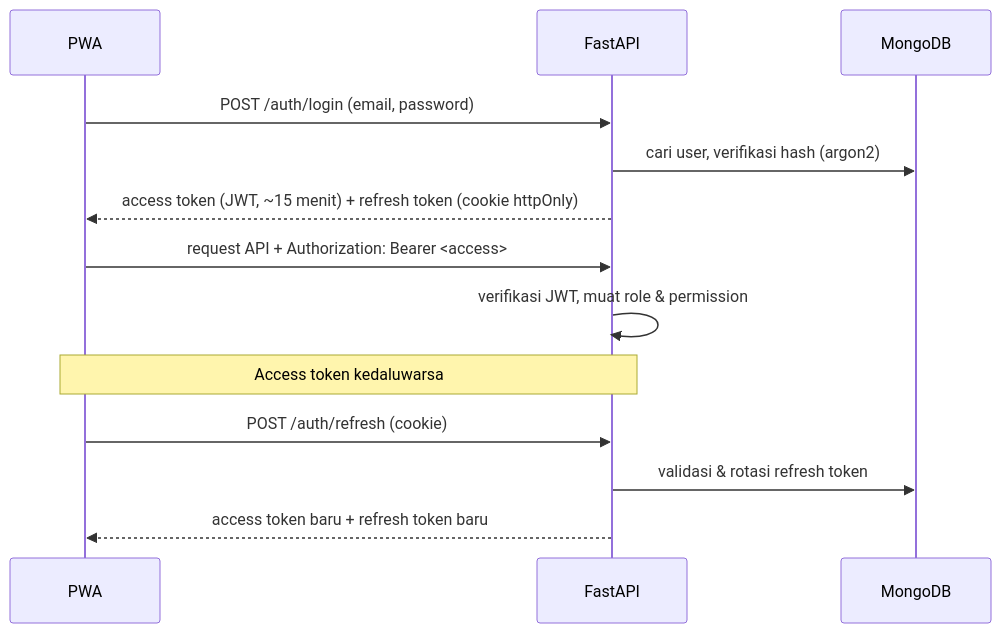
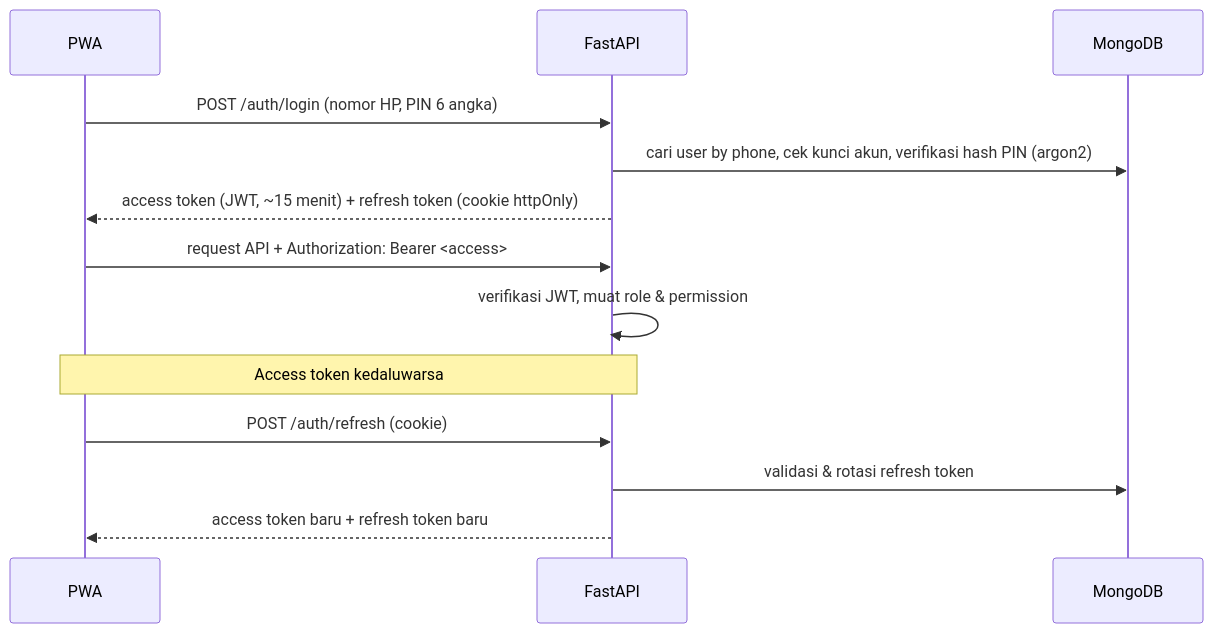
One commit to keithblue9/ReadQuest changed the second of 4 diagrams in docs/ARCHITECTURE.md. Above: the diagram before and after it, drawn with Mermaid. The commit also changed other lines of this file and 47 other files, not shown here.

First line of the commit message:
feat(auth): login nomor HP + PIN 6 angka, register nama/fungsi/HP/PIN tanpa kode undangan

````diff
--- a/docs/ARCHITECTURE.md
+++ b/docs/ARCHITECTURE.md
@@ -71,15 +71,15 @@
 ```mermaid
 sequenceDiagram
     participant U as PWA
     participant A as FastAPI
     participant D as MongoDB
-    U->>A: POST /auth/login (email, password)
-    A->>D: cari user, verifikasi hash (argon2)
+    U->>A: POST /auth/login (nomor HP, PIN 6 angka)
+    A->>D: cari user by phone, cek kunci akun, verifikasi hash PIN (argon2)
     A-->>U: access token (JWT, ~15 menit) + refresh token (cookie httpOnly)
     U->>A: request API + Authorization: Bearer <access>
     A->>A: verifikasi JWT, muat role & permission
     Note over U,A: Access token kedaluwarsa
     U->>A: POST /auth/refresh (cookie)
     A->>D: validasi & rotasi refresh token
     A-->>U: access token baru + refresh token baru
 ```
````
